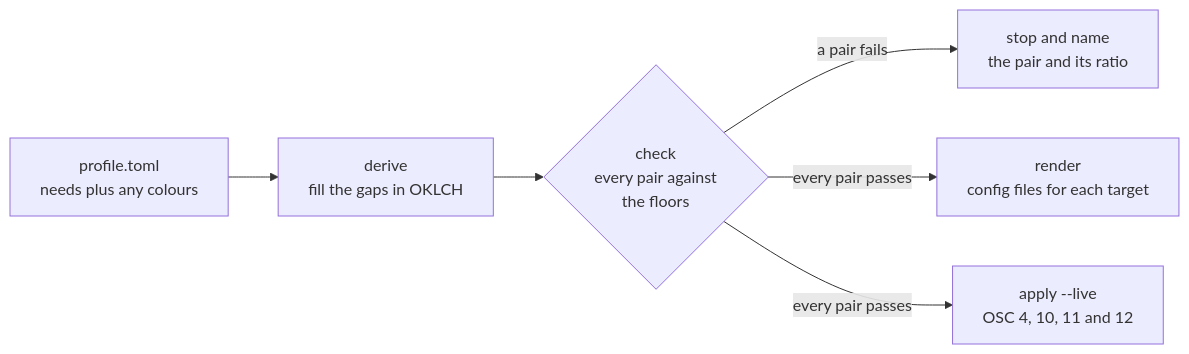
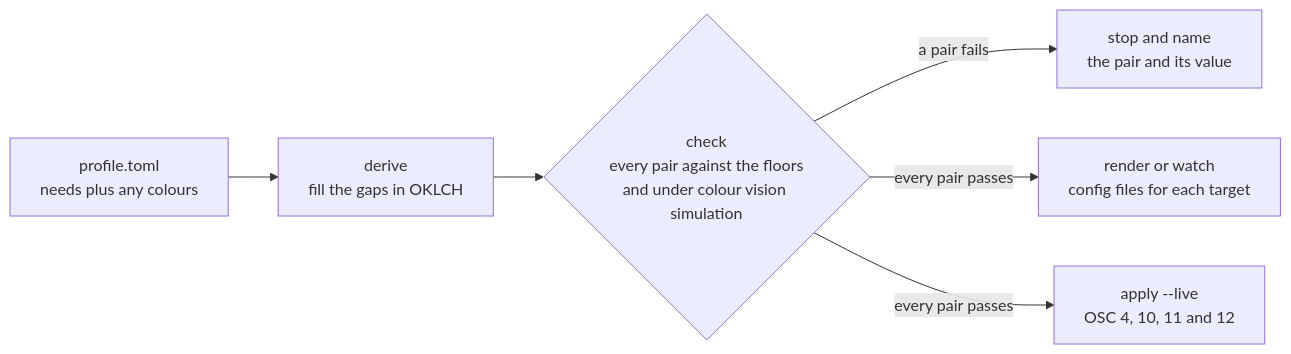
The diagram in README.md (zaccesssbot/profile), drawn with Mermaid before and after one commit. The commit also changed other lines of this file and 101 other files, not shown here.

Commit message:
feat: colour vision checks, watch, the extension and packaging (#7)

````diff
--- a/README.md
+++ b/README.md
@@ -32,8 +42,8 @@
 ```mermaid
 flowchart LR
     P["profile.toml<br/>needs plus any colours"] --> D["derive<br/>fill the gaps in OKLCH"]
-    D --> C{"check<br/>every pair against<br/>the floors"}
-    C -- "a pair fails" --> F["stop and name<br/>the pair and its ratio"]
-    C -- "every pair passes" --> R["render<br/>config files for each target"]
+    D --> C{"check<br/>every pair against the floors<br/>and under colour vision simulation"}
+    C -- "a pair fails" --> F["stop and name<br/>the pair and its value"]
+    C -- "every pair passes" --> R["render or watch<br/>config files for each target"]
     C -- "every pair passes" --> A["apply --live<br/>OSC 4, 10, 11 and 12"]
 ```
````
